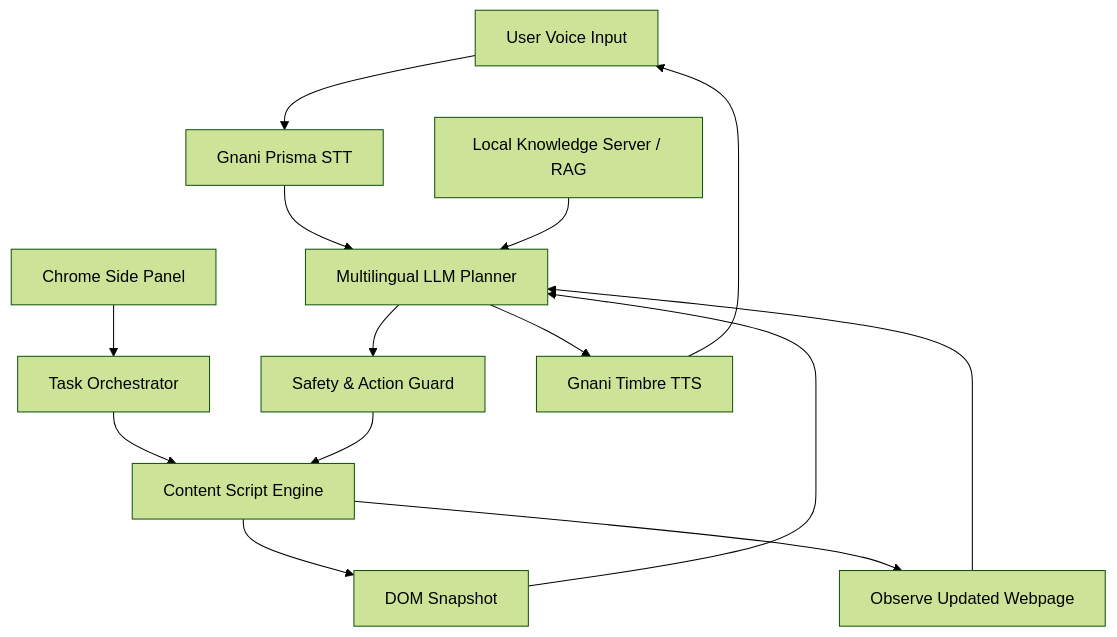
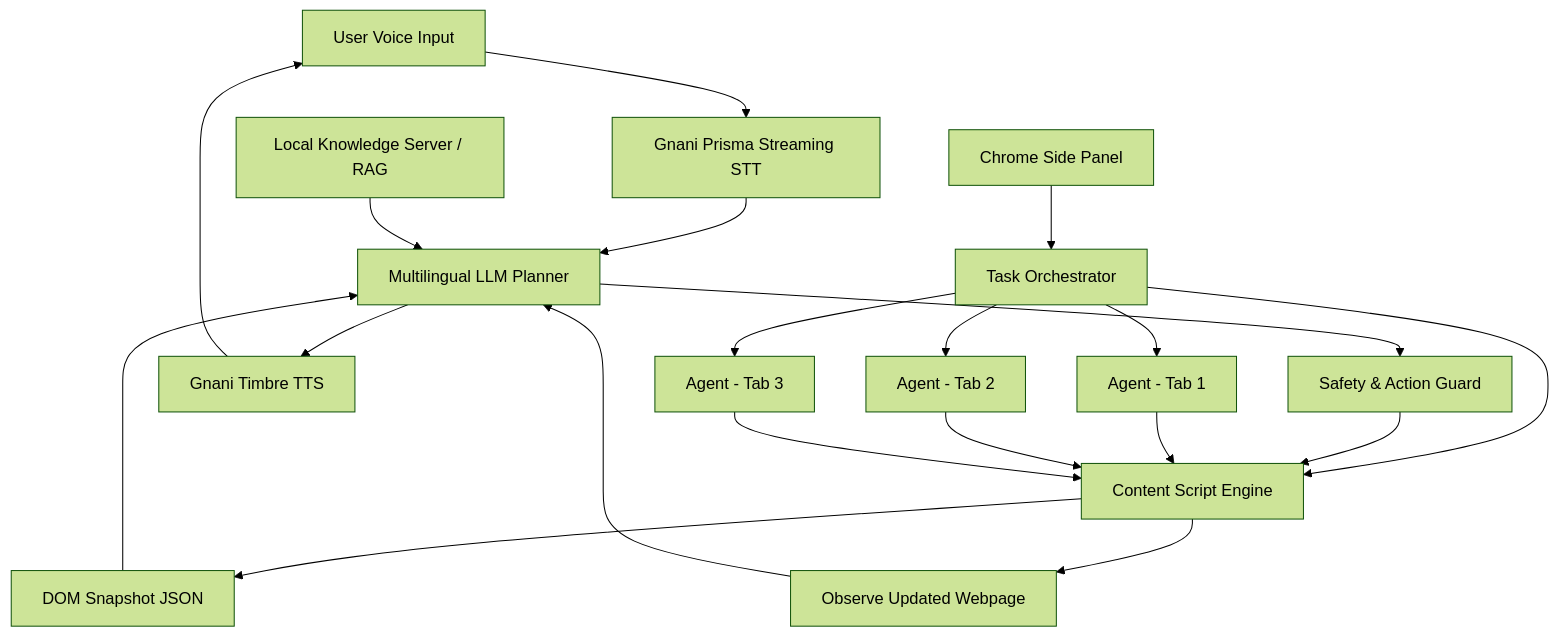
The diagram in README.md (ParagD1606/BrowseVoice), drawn with Mermaid (forest theme) before and after one commit. The commit also changed other lines of this file, not shown here.

````diff
--- a/README.md
+++ b/README.md
@@ -158,16 +243,29 @@
 ```mermaid
 flowchart TD
-    U[User Voice Input] --> STT[Gnani Prisma STT]
+    U[User Voice Input] --> STT[Gnani Prisma Streaming STT]
     STT --> P[Multilingual LLM Planner]
-    CS[Chrome Side Panel] --> O[Task Orchestrator]
-    O --> DOM[Content Script Engine]
-    DOM --> SNAP[DOM Snapshot]
+
+    UI[Chrome Side Panel] --> O[Task Orchestrator]
+    O --> CS[Content Script Engine]
+    CS --> SNAP[DOM Snapshot JSON]
+
     SNAP --> P
     RAG[Local Knowledge Server / RAG] --> P
+
     P --> SAFE[Safety & Action Guard]
-    SAFE --> DOM
-    DOM --> VERIFY[Observe Updated Webpage]
+    SAFE --> CS
+
+    CS --> VERIFY[Observe Updated Webpage]
     VERIFY --> P
+
     P --> TTS[Gnani Timbre TTS]
     TTS --> U
+
+    O --> A1[Agent - Tab 1]
+    O --> A2[Agent - Tab 2]
+    O --> A3[Agent - Tab 3]
+
+    A1 --> CS
+    A2 --> CS
+    A3 --> CS
 ```
````
